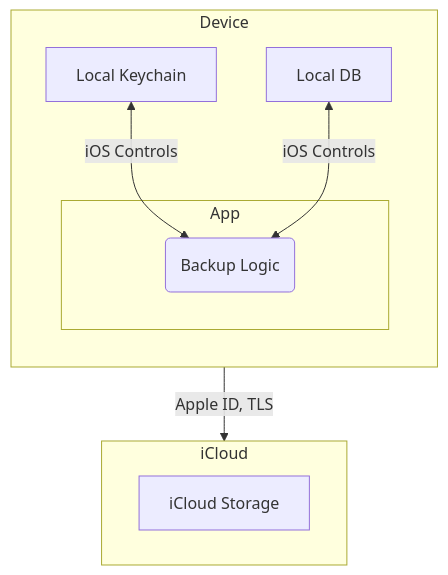
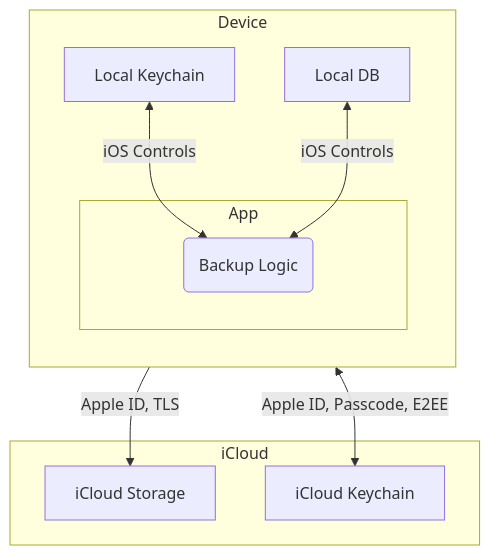
Before and after one commit to sealvault/sealvault: the third of 3 diagrams in website/src/dev-docs/design/data-flow.md, drawn with Mermaid. The commit also changed other lines of this file and 8 other files, not shown here.

````diff
--- a/website/src/dev-docs/design/data-flow.md
+++ b/website/src/dev-docs/design/data-flow.md
@@ -127,27 +127,32 @@
 ```mermaid
 
 flowchart TB
 
   subgraph device[Device]
     direction TB
 
     subgraph app[App]
       backup_logic(Backup Logic)
     end
 
-    keychain[|borders:bt| Local Keychain]
+    local_keychain[|borders:bt| Local Keychain]
     <-->|iOS Controls| backup_logic
 
     db[|borders:bt| Local DB]
     <-->|iOS Controls| backup_logic
 
   end
 
   subgraph icloud[iCloud]
     icloud_storage[|borders:bt| iCloud Storage]
+    
+    icloud_keychain[|borders:bt| iCloud Keychain]
   end
 
   backup_logic
-  -->|Apple ID, TLS| icloud
+  <-->|Apple ID, Passcode, E2EE| icloud_keychain
+  
+  backup_logic
+  -->|Apple ID, TLS| icloud_storage
 
 ```
````
